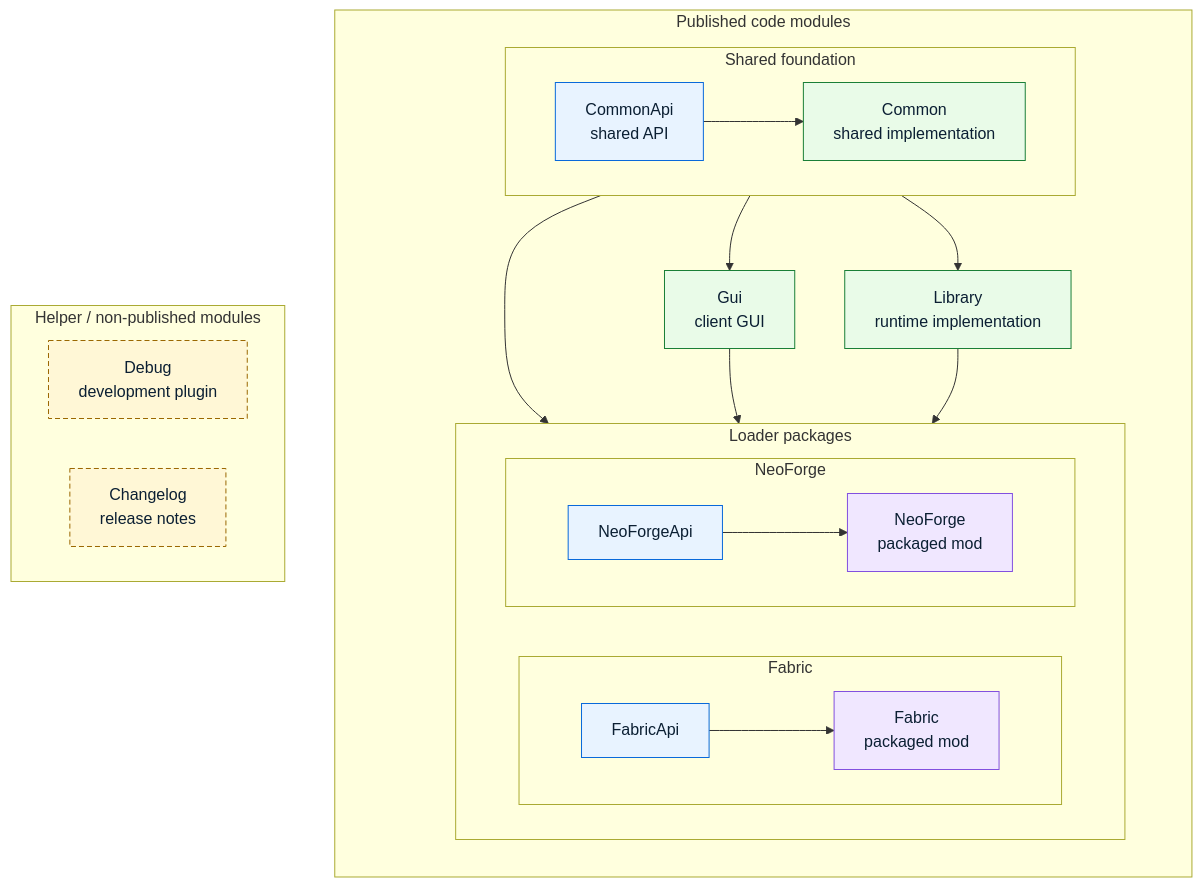
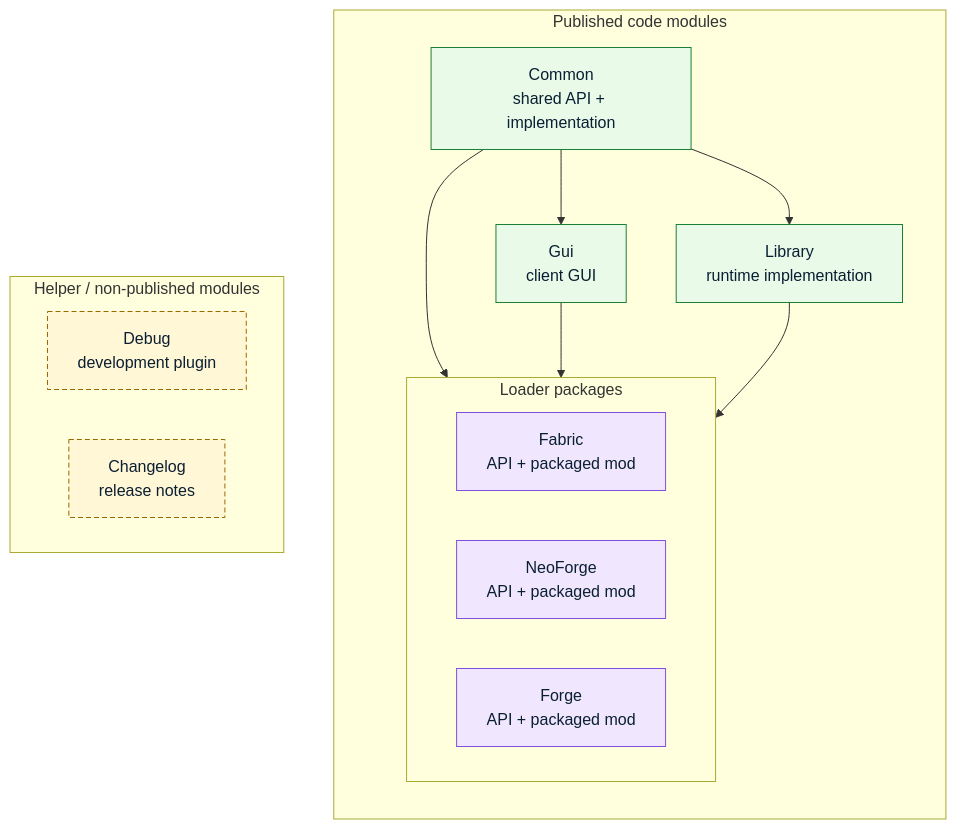
Before and after one commit to mezz/JustEnoughItems: the diagram in CONTRIBUTING.md, drawn with Mermaid. The commit also changed other lines of this file and 211 other files, not shown here.

````diff
--- a/CONTRIBUTING.md
+++ b/CONTRIBUTING.md
@@ -61,56 +60,39 @@
 ```mermaid
 flowchart TB
     subgraph published["Published code modules"]
         direction TB
 
-        subgraph shared["Shared foundation"]
-            direction LR
-            CommonApi["CommonApi<br/>shared API"]
-            Common["Common<br/>shared implementation"]
-            CommonApi --> Common
-        end
+        Common["Common<br/>shared API + implementation"]
 
         Gui["Gui<br/>client GUI"]
         Library["Library<br/>runtime implementation"]
 
         subgraph loaders["Loader packages"]
             direction LR
 
-            subgraph fabricStack["Fabric"]
-                direction LR
-                FabricApi["FabricApi"]
-                Fabric["Fabric<br/>packaged mod"]
-                FabricApi --> Fabric
-            end
-
-            subgraph neoForgeStack["NeoForge"]
-                direction LR
-                NeoForgeApi["NeoForgeApi"]
-                NeoForge["NeoForge<br/>packaged mod"]
-                NeoForgeApi --> NeoForge
-            end
+            Fabric["Fabric<br/>API + packaged mod"]
+            NeoForge["NeoForge<br/>API + packaged mod"]
+            Forge["Forge<br/>API + packaged mod"]
         end
     end
 
     subgraph helpers["Helper / non-published modules"]
         direction LR
         Debug["Debug<br/>development plugin"]
         Changelog["Changelog<br/>release notes"]
     end
 
-    shared --> Gui
-    shared --> Library
-    shared --> loaders
+    Common --> Gui
+    Common --> Library
+    Common --> loaders
     Gui --> loaders
     Library --> loaders
 
-    classDef api fill:#e8f3ff,stroke:#0969da,color:#0b1f33
     classDef code fill:#e9fbe8,stroke:#1a7f37,color:#0b1f33
     classDef package fill:#f0e7ff,stroke:#8250df,color:#0b1f33
     classDef helper fill:#fff7d6,stroke:#9a6700,stroke-dasharray: 5 3,color:#0b1f33
 
-    class CommonApi,FabricApi,NeoForgeApi api
     class Common,Gui,Library code
-    class Fabric,NeoForge package
+    class Fabric,Forge,NeoForge package
     class Debug,Changelog helper
 ```
````
